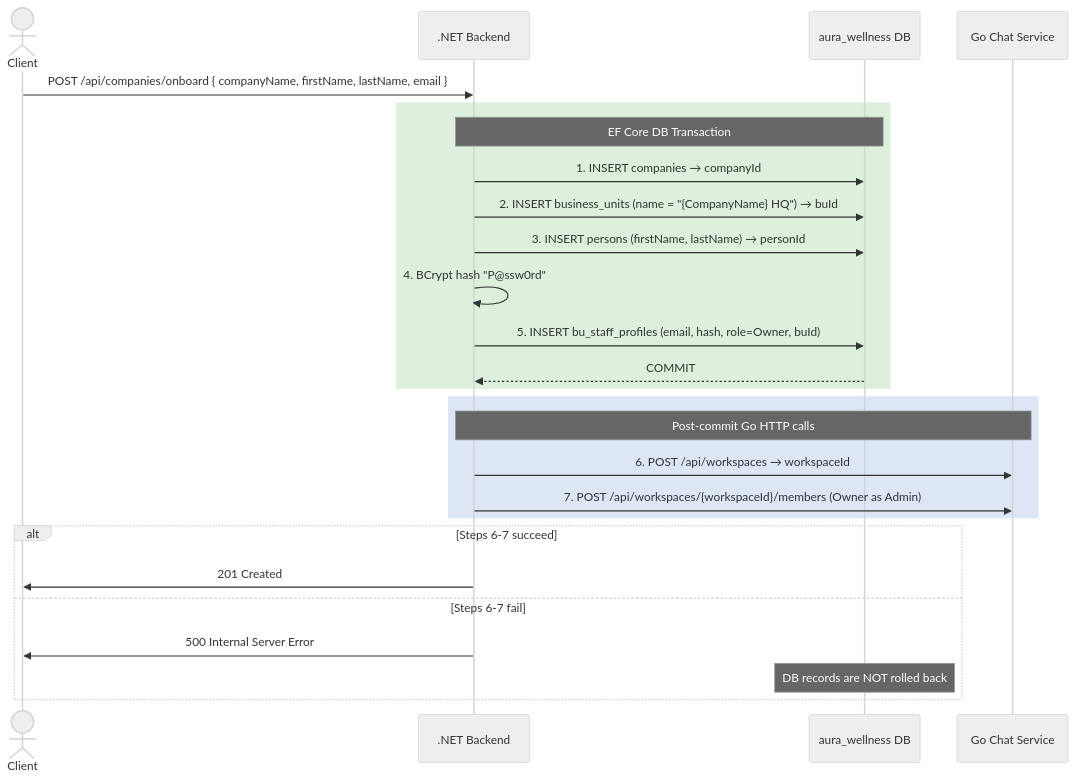
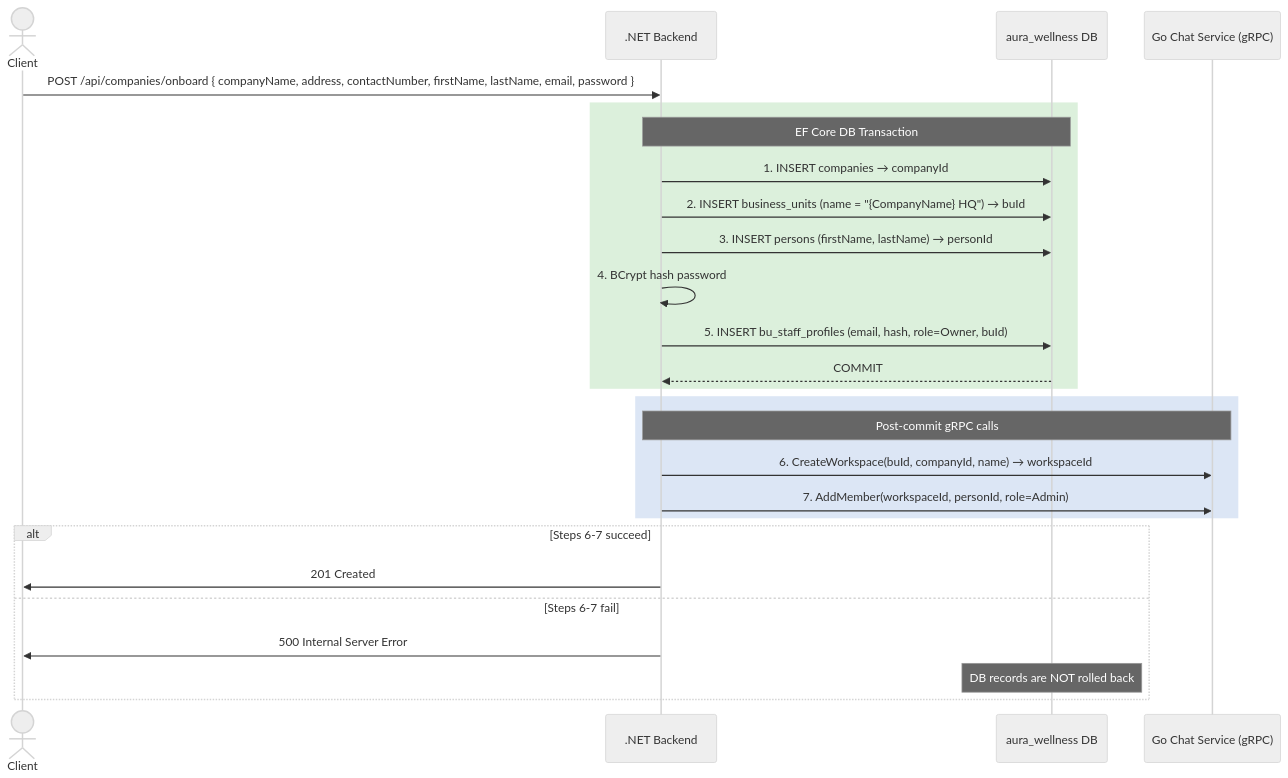
One commit to ZEN-ZAI/Aura-Wellness changed the fifth of 6 diagrams in docs/system-design.md. Above: the diagram before and after it, drawn with Mermaid (neutral theme). The commit also changed other lines of this file and 1 other file, not shown here.

````diff
--- a/docs/system-design.md
+++ b/docs/system-design.md
@@ -204,32 +222,32 @@
 ```mermaid
 sequenceDiagram
     actor Client
     participant API as .NET Backend
     participant DB as aura_wellness DB
-    participant CS as Go Chat Service
+    participant CS as Go Chat Service (gRPC)
 
-    Client->>API: POST /api/companies/onboard { companyName, firstName, lastName, email }
+    Client->>API: POST /api/companies/onboard { companyName, address, contactNumber, firstName, lastName, email, password }
 
     rect rgb(220, 240, 220)
         note over API, DB: EF Core DB Transaction
         API->>DB: 1. INSERT companies → companyId
         API->>DB: 2. INSERT business_units (name = "{CompanyName} HQ") → buId
         API->>DB: 3. INSERT persons (firstName, lastName) → personId
-        API->>API: 4. BCrypt hash "P@ssw0rd"
+        API->>API: 4. BCrypt hash password
         API->>DB: 5. INSERT bu_staff_profiles (email, hash, role=Owner, buId)
         DB-->>API: COMMIT
     end
 
     rect rgb(220, 230, 245)
-        note over API, CS: Post-commit Go HTTP calls
-        API->>CS: 6. POST /api/workspaces → workspaceId
-        API->>CS: 7. POST /api/workspaces/{workspaceId}/members (Owner as Admin)
+        note over API, CS: Post-commit gRPC calls
+        API->>CS: 6. CreateWorkspace(buId, companyId, name) → workspaceId
+        API->>CS: 7. AddMember(workspaceId, personId, role=Admin)
     end
 
     alt Steps 6-7 succeed
         API->>Client: 201 Created
     else Steps 6-7 fail
         API->>Client: 500 Internal Server Error
         note over DB: DB records are NOT rolled back
     end
 ```
````
